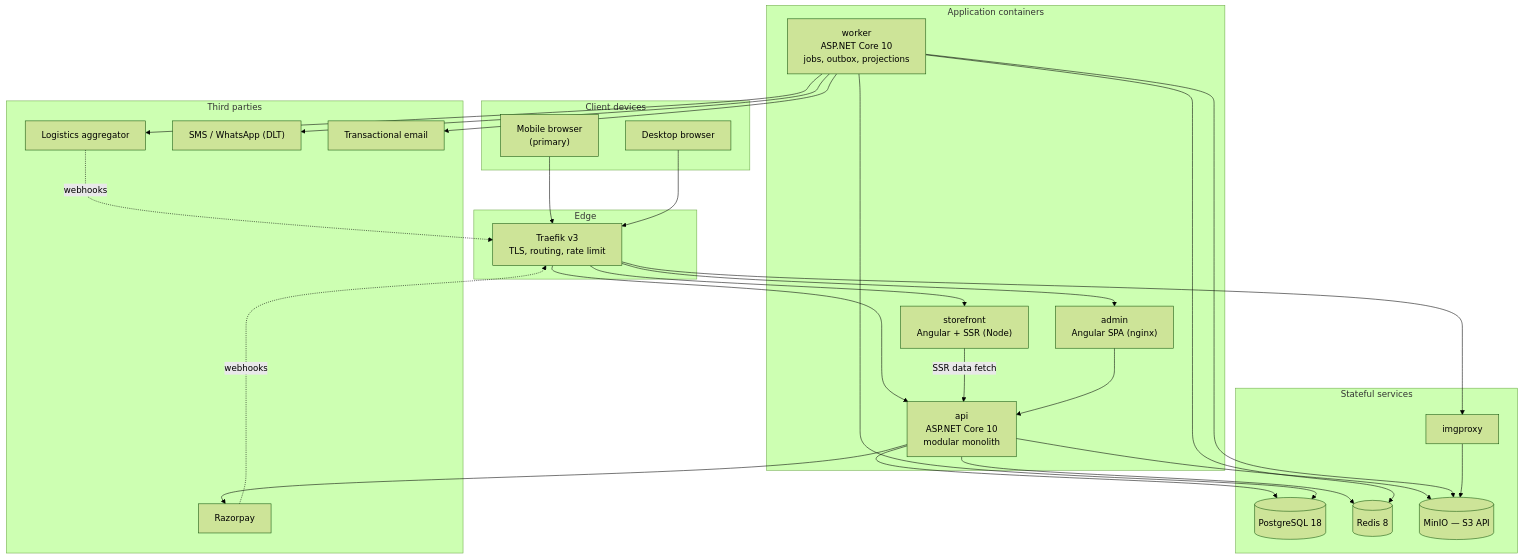
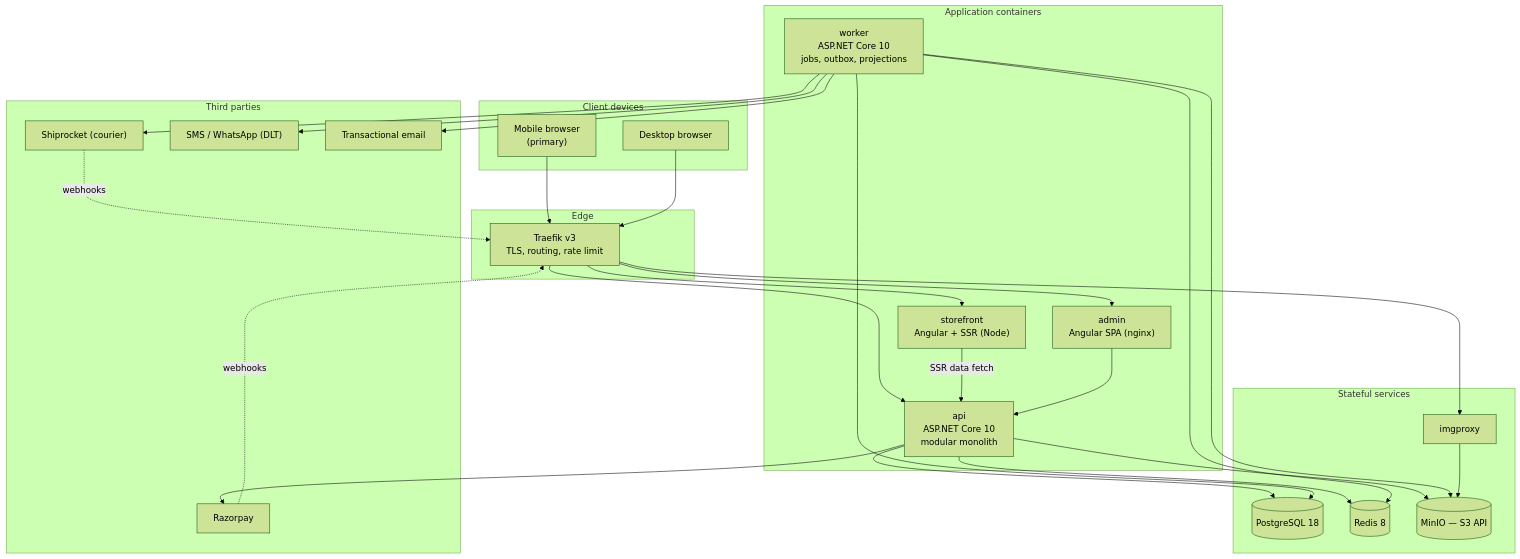
The first of 2 diagrams in docs/01-architecture.md (geevar93/M2C_Klarahome), drawn with Mermaid (forest theme) before and after one commit. The commit also changed other lines of this file and 283 other files, not shown here.

````diff
--- a/docs/01-architecture.md
+++ b/docs/01-architecture.md
@@ -59,54 +59,54 @@
 ```mermaid
 graph TB
   subgraph Client["Client devices"]
     MOB["Mobile browser<br/>(primary)"]
     DESK["Desktop browser"]
   end
 
   subgraph Edge["Edge"]
     TRF["Traefik v3<br/>TLS, routing, rate limit"]
   end
 
   subgraph Apps["Application containers"]
     SF["storefront<br/>Angular + SSR (Node)"]
     AD["admin<br/>Angular SPA (nginx)"]
     API["api<br/>ASP.NET Core 10<br/>modular monolith"]
     WRK["worker<br/>ASP.NET Core 10<br/>jobs, outbox, projections"]
   end
 
   subgraph Data["Stateful services"]
     PG[("PostgreSQL 18")]
     RD[("Redis 8")]
     S3[("MinIO — S3 API")]
     IMG["imgproxy"]
   end
 
   subgraph Ext["Third parties"]
     RZP["Razorpay"]
-    SHIP["Logistics aggregator"]
+    SHIP["Shiprocket (courier)"]
     SMS["SMS / WhatsApp (DLT)"]
     MAIL["Transactional email"]
   end
 
   MOB --> TRF
   DESK --> TRF
   TRF --> SF
   TRF --> AD
   TRF --> API
   TRF --> IMG
   SF -->|SSR data fetch| API
   AD --> API
   API --> PG
   API --> RD
   API --> S3
   WRK --> PG
   WRK --> RD
   WRK --> S3
   IMG --> S3
   API --> RZP
   WRK --> SHIP
   WRK --> SMS
   WRK --> MAIL
   RZP -.webhooks.-> TRF
   SHIP -.webhooks.-> TRF
 ```
````
